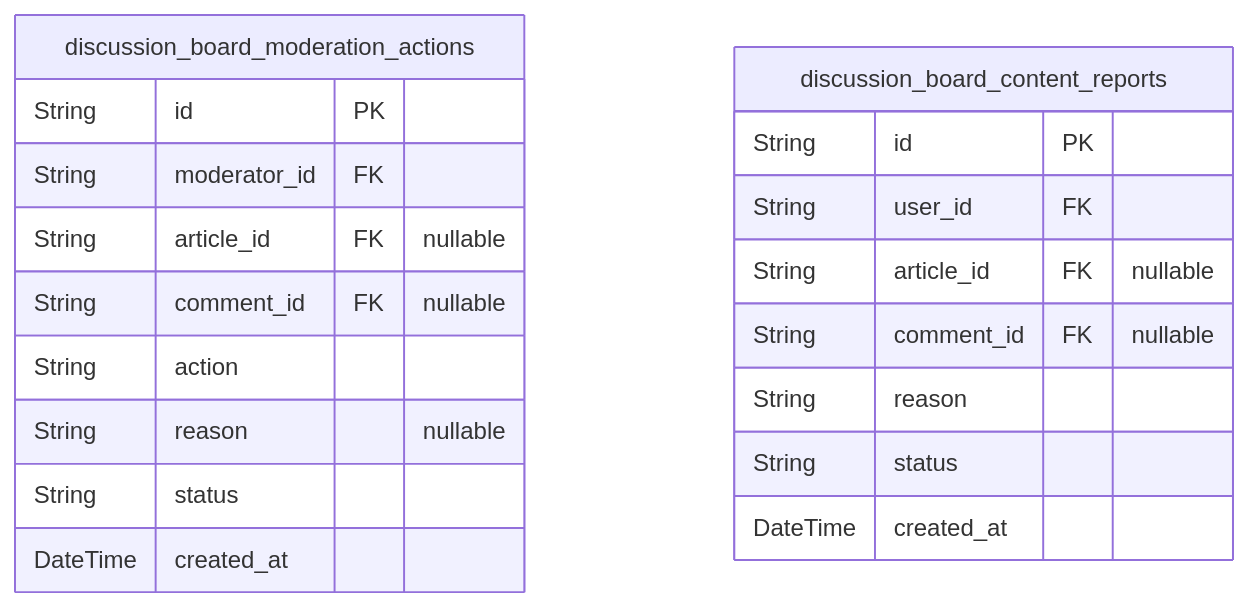
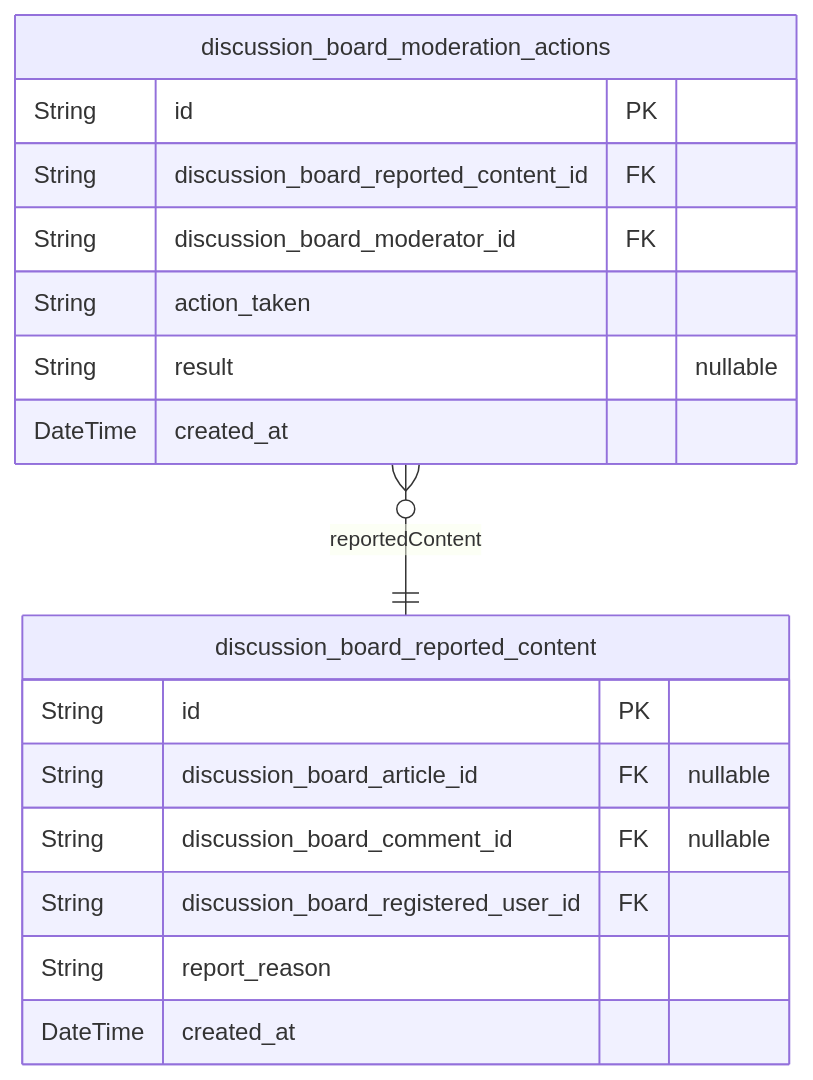
Before and after one commit to wrtnlabs/autobe-examples: the fifth of 5 diagrams in meta-llama/llama-4-maverick/bbs/docs/ERD.md, drawn with Mermaid. The commit also changed other lines of this file and 3569 other files, not shown here.

````diff
--- a/meta-llama/llama-4-maverick/bbs/docs/ERD.md
+++ b/meta-llama/llama-4-maverick/bbs/docs/ERD.md
@@ -247,22 +281,20 @@
 ```mermaid
 erDiagram
+"discussion_board_reported_content" {
+  String id PK
+  String discussion_board_article_id FK "nullable"
+  String discussion_board_comment_id FK "nullable"
+  String discussion_board_registered_user_id FK
+  String report_reason
+  DateTime created_at
+}
 "discussion_board_moderation_actions" {
   String id PK
-  String moderator_id FK
-  String article_id FK "nullable"
-  String comment_id FK "nullable"
-  String action
-  String reason "nullable"
-  String status
+  String discussion_board_reported_content_id FK
+  String discussion_board_moderator_id FK
+  String action_taken
+  String result "nullable"
   DateTime created_at
 }
-"discussion_board_content_reports" {
-  String id PK
-  String user_id FK
-  String article_id FK "nullable"
-  String comment_id FK "nullable"
-  String reason
-  String status
-  DateTime created_at
-}
+"discussion_board_moderation_actions" }o--|| "discussion_board_reported_content" : reportedContent
 ```
````
